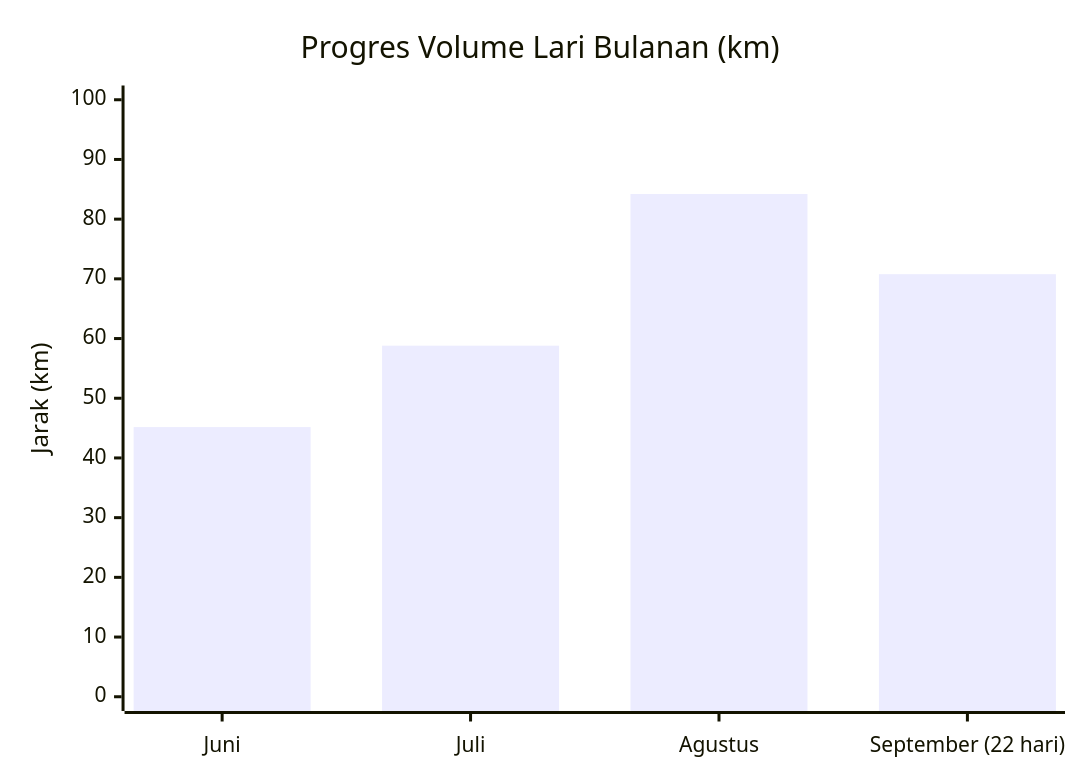
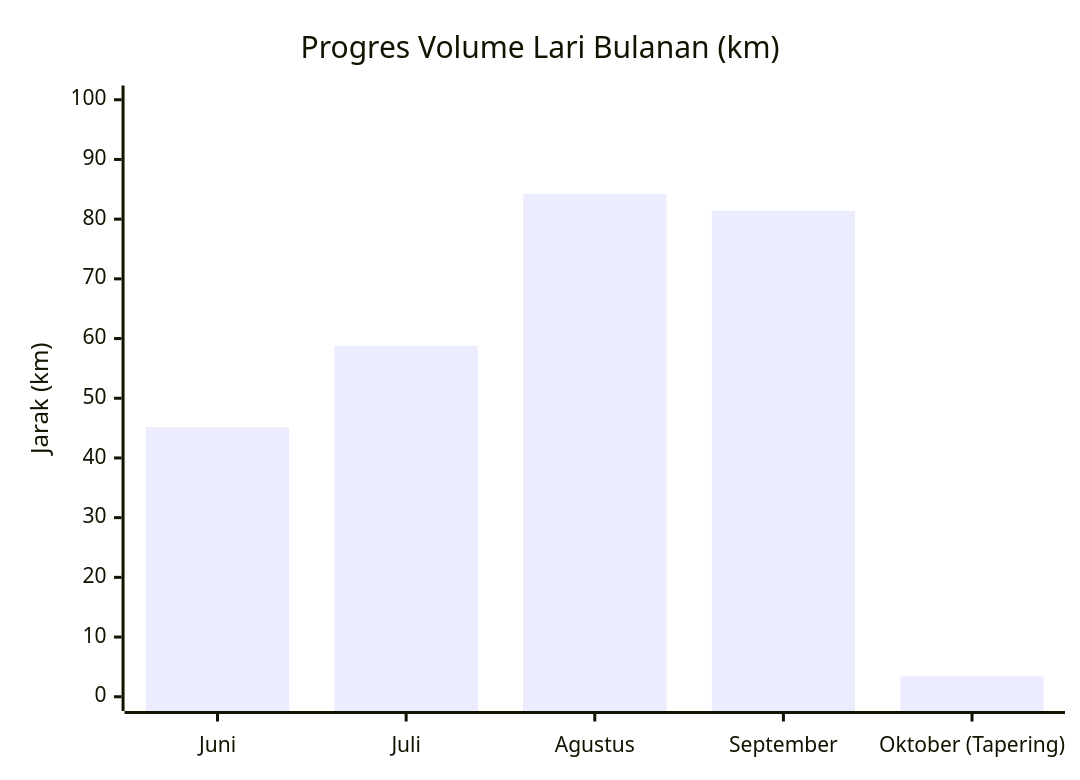
Before and after one commit to abiyyu19/personal-running-report: the diagram in output/analisis_mendalam_historis.md, drawn with Mermaid. The commit also changed other lines of this file and 2 other files, not shown here.

````diff
--- a/output/analisis_mendalam_historis.md
+++ b/output/analisis_mendalam_historis.md
@@ -39,7 +39,7 @@
 ```mermaid
 xychart-beta
     title "Progres Volume Lari Bulanan (km)"
-    x-axis ["Juni", "Juli", "Agustus", "September (22 hari)"]
+    x-axis ["Juni", "Juli", "Agustus", "September", "Oktober (Tapering)"]
     y-axis "Jarak (km)" 0 --> 100
-    bar [45.17, 58.81, 84.22, 70.78]
+    bar [45.17, 58.81, 84.22, 81.42, 3.41]
 ```
````
